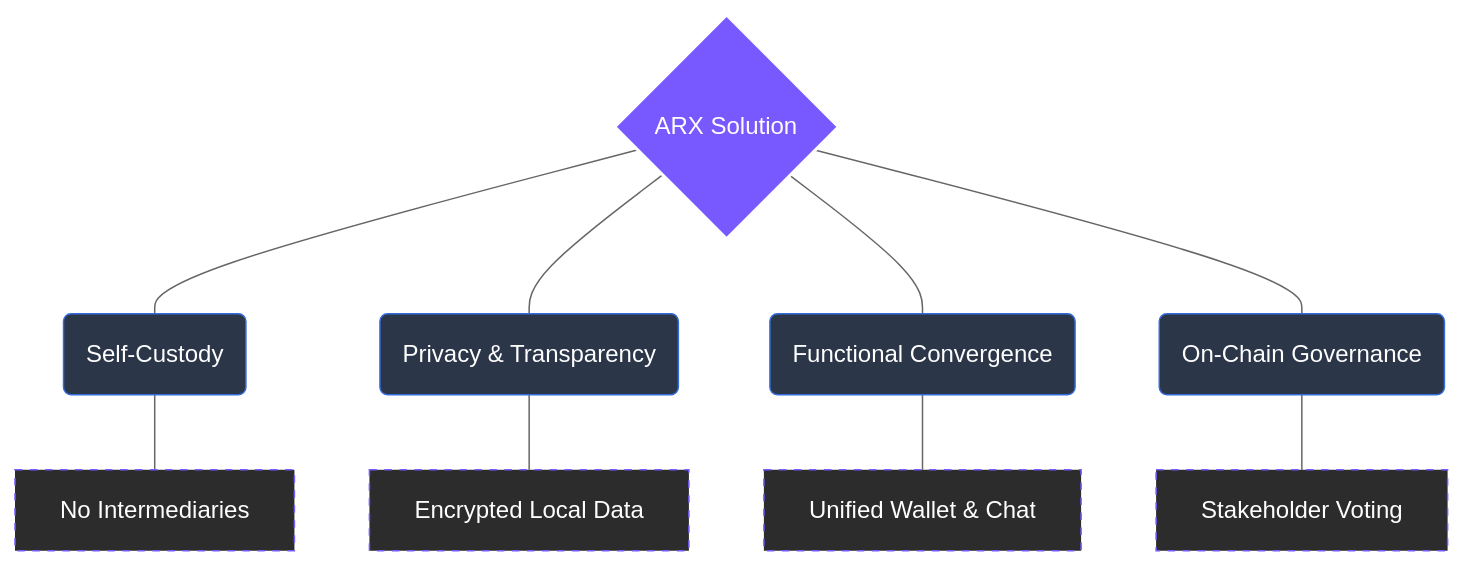
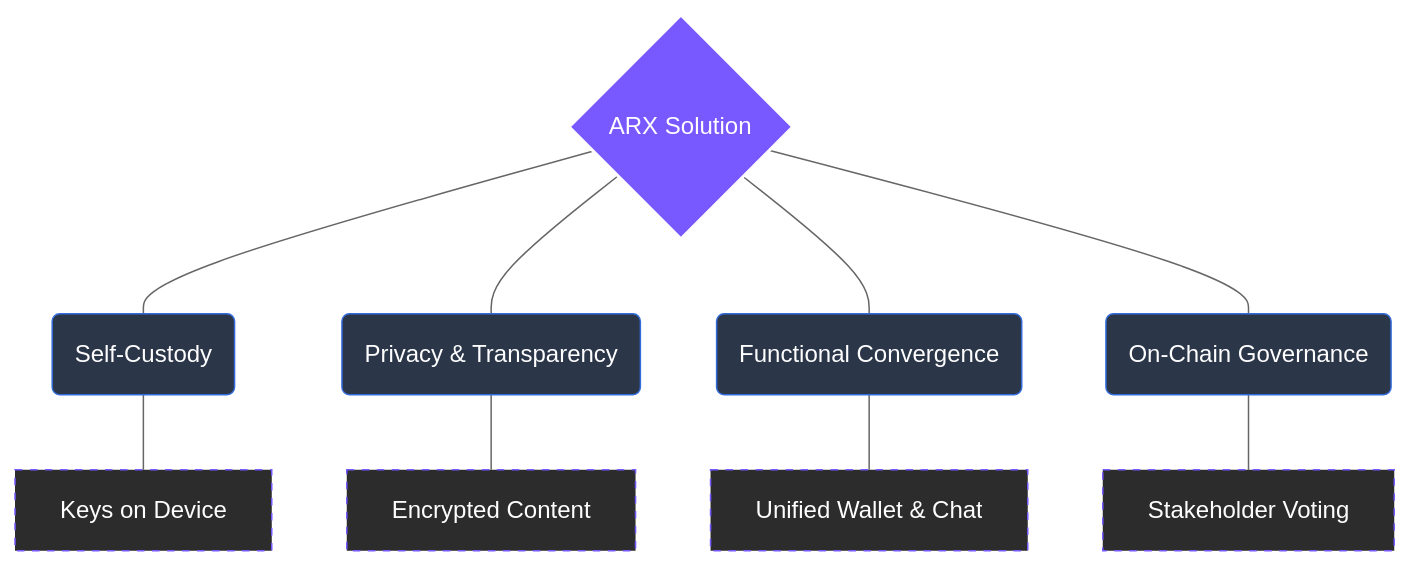
Before and after one commit to unusnullus/docs-xmtp-org: the diagram in gitbook/home/3-the-arx-solution/README.md, drawn with Mermaid (neutral theme). The commit also changed other lines of this file and 32 other files, not shown here.

````diff
--- a/gitbook/home/3-the-arx-solution/README.md
+++ b/gitbook/home/3-the-arx-solution/README.md
@@ -22,31 +20,31 @@
 ```mermaid
 graph TD
     %% Global Styling
     accTitle: The ARX Pillar Model
     accDescr: Visualizing the four core principles of the ARX solution.
 
     ROOT{ARX Solution}
     
     ROOT --- P1(Self-Custody)
     ROOT --- P2(Privacy & Transparency)
     ROOT --- P3(Functional Convergence)
     ROOT --- P4(On-Chain Governance)
 
     %% Apply Brand Palette
     style ROOT fill:#7858ff,stroke:#fefeff,color:#fefeff,stroke-width:2px
     style P1 fill:#2B3648,stroke:#346ddb,color:#fefeff
     style P2 fill:#2B3648,stroke:#346ddb,color:#fefeff
     style P3 fill:#2B3648,stroke:#346ddb,color:#fefeff
     style P4 fill:#2B3648,stroke:#346ddb,color:#fefeff
 
     %% Detail nodes
-    P1 --- D1[No Intermediaries]
-    P2 --- D2[Encrypted Local Data]
+    P1 --- D1[Keys on Device]
+    P2 --- D2[Encrypted Content]
     P3 --- D4[Unified Wallet & Chat]
     P4 --- D5[Stakeholder Voting]
     
     style D1 fill:#2c2c2c,stroke:#7858ff,color:#fefeff,stroke-dasharray: 5 5
     style D2 fill:#2c2c2c,stroke:#7858ff,color:#fefeff,stroke-dasharray: 5 5
     style D4 fill:#2c2c2c,stroke:#7858ff,color:#fefeff,stroke-dasharray: 5 5
     style D5 fill:#2c2c2c,stroke:#7858ff,color:#fefeff,stroke-dasharray: 5 5
 ```
````
